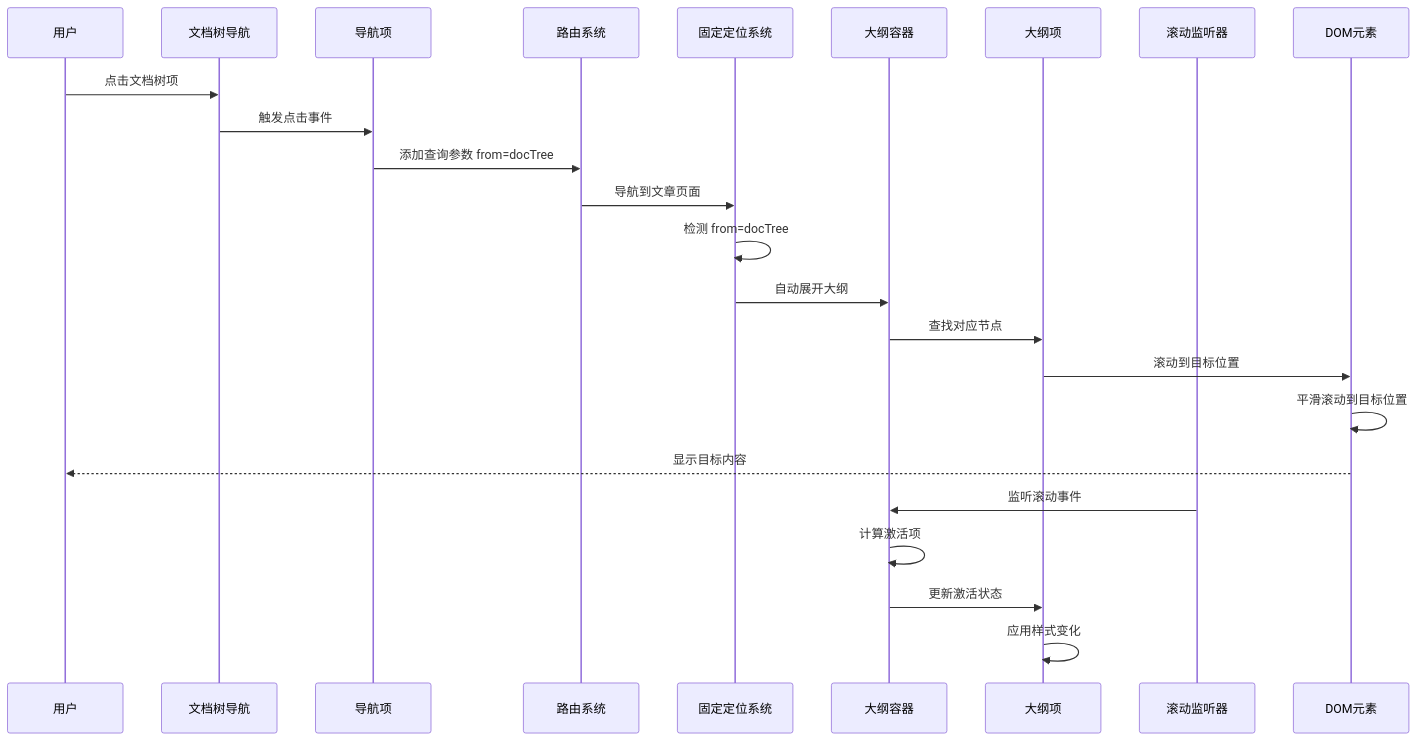
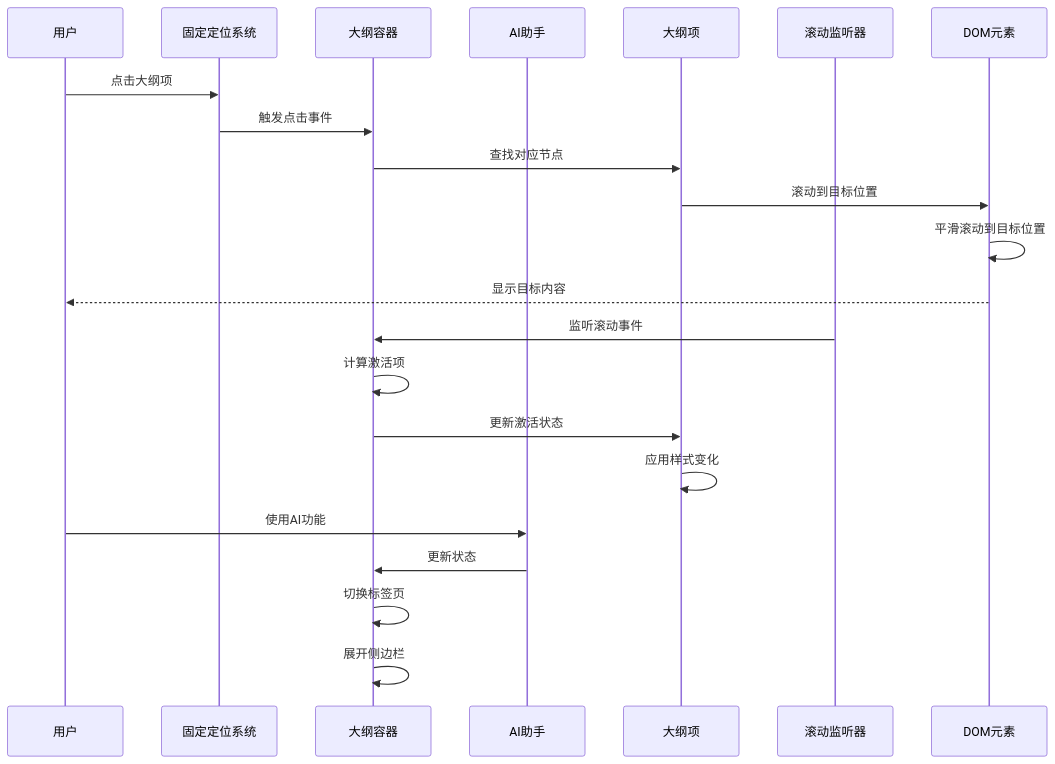
One commit to terwer/siyuan-plugin-blog changed the second of 9 diagrams in .qoder/repowiki/zh/content/Outline System.md. Above: the diagram before and after it, drawn with Mermaid. The commit also changed other lines of this file and 31 other files, not shown here.

````diff
--- a/.qoder/repowiki/zh/content/Outline System.md
+++ b/.qoder/repowiki/zh/content/Outline System.md
@@ -148,26 +136,24 @@
 ```mermaid
 sequenceDiagram
 participant User as 用户
-participant DocTree as 文档树导航
-participant MenuItem as 导航项
-participant Route as 路由系统
 participant FixedLayout as 固定定位系统
 participant Container as 大纲容器
+participant AIAssistant as AI助手
 participant Item as 大纲项
 participant Scroll as 滚动监听器
 participant DOM as DOM元素
-User->>DocTree : 点击文档树项
-DocTree->>MenuItem : 触发点击事件
-MenuItem->>Route : 添加查询参数 from=docTree
-Route->>FixedLayout : 导航到文章页面
-FixedLayout->>FixedLayout : 检测 from=docTree
-FixedLayout->>Container : 自动展开大纲
+User->>FixedLayout : 点击大纲项
+FixedLayout->>Container : 触发点击事件
 Container->>Item : 查找对应节点
 Item->>DOM : 滚动到目标位置
 DOM->>DOM : 平滑滚动到目标位置
 DOM-->>User : 显示目标内容
 Scroll->>Container : 监听滚动事件
 Container->>Container : 计算激活项
 Container->>Item : 更新激活状态
 Item->>Item : 应用样式变化
+User->>AIAssistant : 使用AI功能
+AIAssistant->>Container : 更新状态
+Container->>Container : 切换标签页
+Container->>Container : 展开侧边栏
 ```
````
